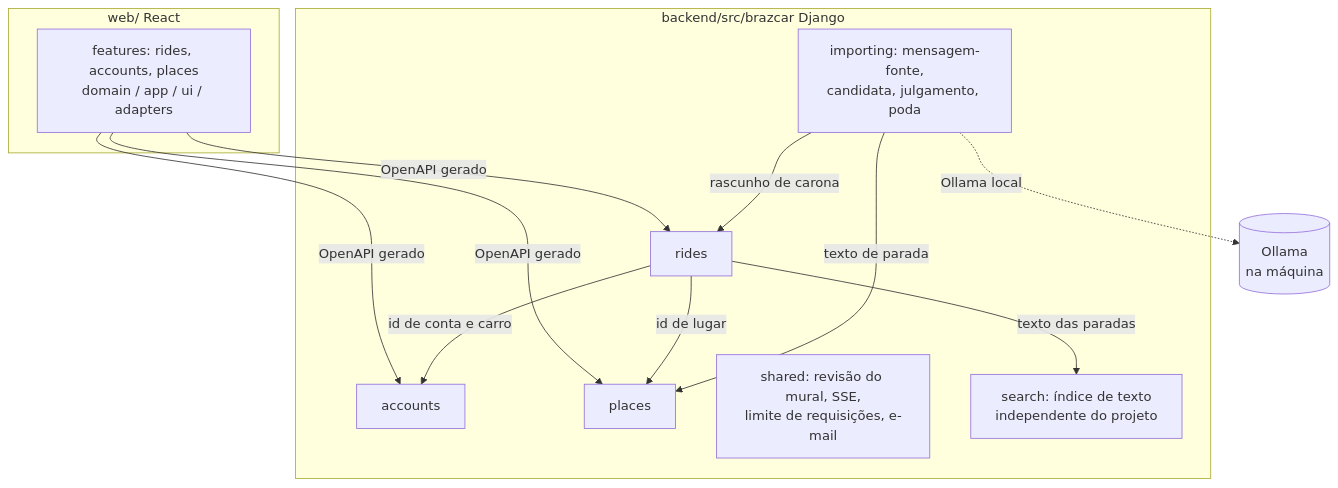
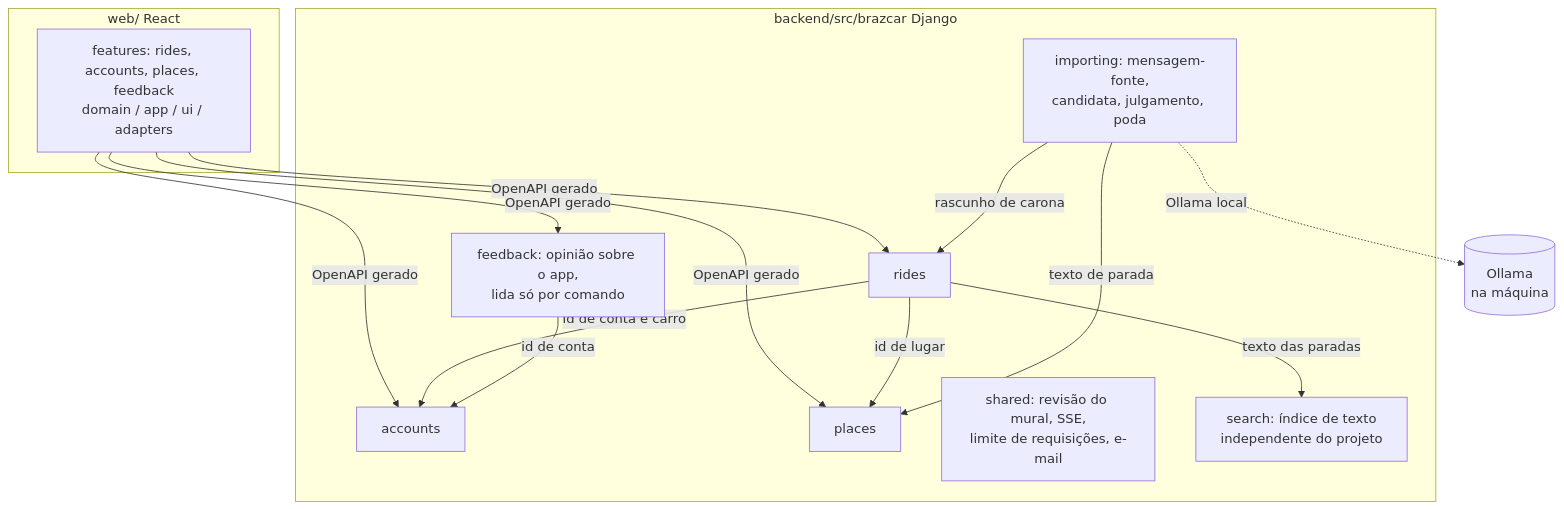
One commit to edududs/BrazCar changed the second of 2 diagrams in docs/architecture.md. Above: the diagram before and after it, drawn with Mermaid. The commit also changed 49 other files, not shown here.

````diff
--- a/docs/architecture.md
+++ b/docs/architecture.md
@@ -24,21 +24,23 @@
 ```mermaid
 flowchart TB
     subgraph web [web/ React]
-        F[features: rides, accounts, places<br/>domain / app / ui / adapters]
+        F[features: rides, accounts, places, feedback<br/>domain / app / ui / adapters]
     end
     subgraph src [backend/src/brazcar Django]
         R[rides]
         AC[accounts]
         PL[places]
         SH[shared: revisão do mural, SSE,<br/>limite de requisições, e-mail]
         SE[search: índice de texto<br/>independente do projeto]
         IM[importing: mensagem-fonte,<br/>candidata, julgamento, poda]
+        FB[feedback: opinião sobre o app,<br/>lida só por comando]
     end
-    F -->|OpenAPI gerado| R & AC & PL
+    F -->|OpenAPI gerado| R & AC & PL & FB
     R -->|id de lugar| PL
     R -->|id de conta e carro| AC
+    FB -->|id de conta| AC
     R -->|texto das paradas| SE
     IM -->|rascunho de carona| R
     IM -->|texto de parada| PL
     IM -.->|Ollama local| LLM[(Ollama<br/>na máquina)]
 ```
````
